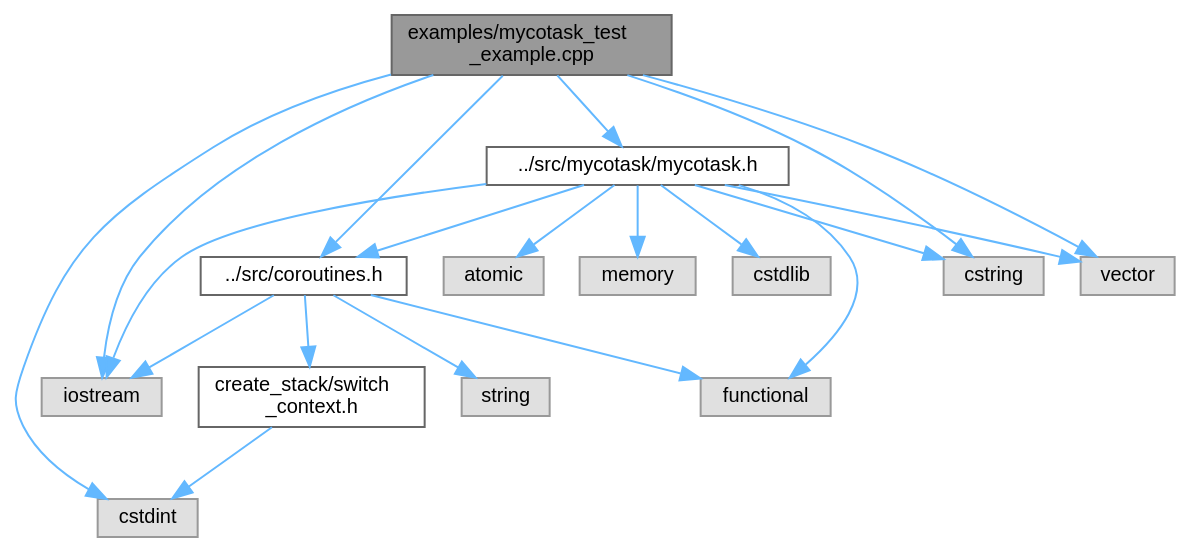
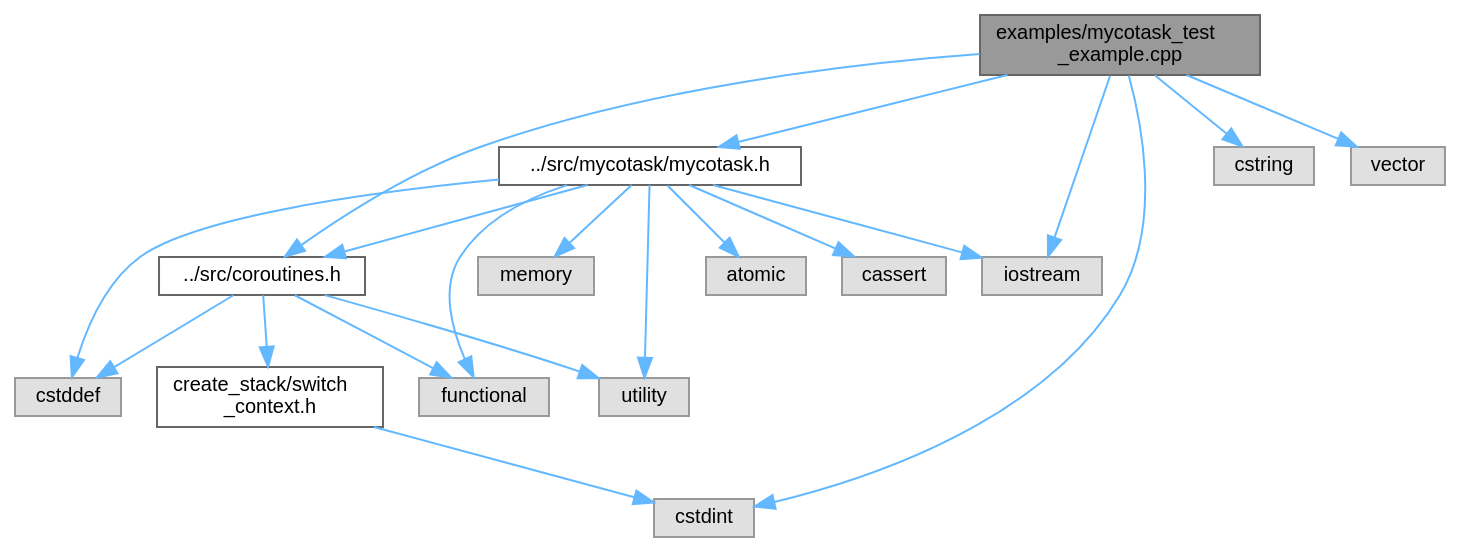
Before and after one commit to lalkaman1981/coroutins: the diagram in mycotask__test__example_8cpp__incl.dot, drawn with Graphviz. The commit also changed 68 other files, not shown here.

```diff
--- a/mycotask__test__example_8cpp__incl.dot
+++ b/mycotask__test__example_8cpp__incl.dot
@@ -1,39 +1,40 @@
 digraph "examples/mycotask_test_example.cpp"
 {
  // LATEX_PDF_SIZE
   bgcolor="transparent";
   edge [fontname=Helvetica,fontsize=10,labelfontname=Helvetica,labelfontsize=10];
   node [fontname=Helvetica,fontsize=10,shape=box,height=0.2,width=0.4];
   Node1 [id="Node000001",label="examples/mycotask_test\l_example.cpp",height=0.2,width=0.4,color="gray40", fillcolor="grey60", style="filled", fontcolor="black",tooltip=" "];
   Node1 -> Node2 [id="edge1_Node000001_Node000002",color="steelblue1",style="solid",tooltip=" "];
-  Node2 [id="Node000002",label="../src/coroutines.h",height=0.2,width=0.4,color="grey40", fillcolor="white", style="filled",URL="$coroutines_8h.html",tooltip=" "];
+  Node2 [id="Node000002",label="../src/coroutines.h",height=0.2,width=0.4,color="grey40", fillcolor="white", style="filled",URL="$coroutines_8h.html",tooltip="Main coroutine API header."];
   Node2 -> Node3 [id="edge2_Node000002_Node000003",color="steelblue1",style="solid",tooltip=" "];
-  Node3 [id="Node000003",label="functional",height=0.2,width=0.4,color="grey60", fillcolor="#E0E0E0", style="filled",tooltip=" "];
+  Node3 [id="Node000003",label="cstddef",height=0.2,width=0.4,color="grey60", fillcolor="#E0E0E0", style="filled",tooltip=" "];
   Node2 -> Node4 [id="edge3_Node000002_Node000004",color="steelblue1",style="solid",tooltip=" "];
-  Node4 [id="Node000004",label="iostream",height=0.2,width=0.4,color="grey60", fillcolor="#E0E0E0", style="filled",tooltip=" "];
+  Node4 [id="Node000004",label="functional",height=0.2,width=0.4,color="grey60", fillcolor="#E0E0E0", style="filled",tooltip=" "];
   Node2 -> Node5 [id="edge4_Node000002_Node000005",color="steelblue1",style="solid",tooltip=" "];
-  Node5 [id="Node000005",label="string",height=0.2,width=0.4,color="grey60", fillcolor="#E0E0E0", style="filled",tooltip=" "];
+  Node5 [id="Node000005",label="utility",height=0.2,width=0.4,color="grey60", fillcolor="#E0E0E0", style="filled",tooltip=" "];
   Node2 -> Node6 [id="edge5_Node000002_Node000006",color="steelblue1",style="solid",tooltip=" "];
-  Node6 [id="Node000006",label="create_stack/switch\l_context.h",height=0.2,width=0.4,color="grey40", fillcolor="white", style="filled",URL="$switch__context_8h.html",tooltip=" "];
+  Node6 [id="Node000006",label="create_stack/switch\l_context.h",height=0.2,width=0.4,color="grey40", fillcolor="white", style="filled",URL="$switch__context_8h.html",tooltip="Core data structures for coroutine context switching."];
   Node6 -> Node7 [id="edge6_Node000006_Node000007",color="steelblue1",style="solid",tooltip=" "];
   Node7 [id="Node000007",label="cstdint",height=0.2,width=0.4,color="grey60", fillcolor="#E0E0E0", style="filled",tooltip=" "];
   Node1 -> Node8 [id="edge7_Node000001_Node000008",color="steelblue1",style="solid",tooltip=" "];
-  Node8 [id="Node000008",label="../src/mycotask/mycotask.h",height=0.2,width=0.4,color="grey40", fillcolor="white", style="filled",URL="$mycotask_8h.html",tooltip=" "];
-  Node8 -> Node9 [id="edge8_Node000008_Node000009",color="steelblue1",style="solid",tooltip=" "];
-  Node9 [id="Node000009",label="atomic",height=0.2,width=0.4,color="grey60", fillcolor="#E0E0E0", style="filled",tooltip=" "];
-  Node8 -> Node10 [id="edge9_Node000008_Node000010",color="steelblue1",style="solid",tooltip=" "];
-  Node10 [id="Node000010",label="cstring",height=0.2,width=0.4,color="grey60", fillcolor="#E0E0E0", style="filled",tooltip=" "];
-  Node8 -> Node11 [id="edge10_Node000008_Node000011",color="steelblue1",style="solid",tooltip=" "];
-  Node11 [id="Node000011",label="memory",height=0.2,width=0.4,color="grey60", fillcolor="#E0E0E0", style="filled",tooltip=" "];
-  Node8 -> Node12 [id="edge11_Node000008_Node000012",color="steelblue1",style="solid",tooltip=" "];
-  Node12 [id="Node000012",label="vector",height=0.2,width=0.4,color="grey60", fillcolor="#E0E0E0", style="filled",tooltip=" "];
+  Node8 [id="Node000008",label="../src/mycotask/mycotask.h",height=0.2,width=0.4,color="grey40", fillcolor="white", style="filled",URL="$mycotask_8h.html",tooltip="Stackful coroutine implementation with cooperative multitasking."];
+  Node8 -> Node3 [id="edge8_Node000008_Node000003",color="steelblue1",style="solid",tooltip=" "];
+  Node8 -> Node4 [id="edge9_Node000008_Node000004",color="steelblue1",style="solid",tooltip=" "];
+  Node8 -> Node9 [id="edge10_Node000008_Node000009",color="steelblue1",style="solid",tooltip=" "];
+  Node9 [id="Node000009",label="memory",height=0.2,width=0.4,color="grey60", fillcolor="#E0E0E0", style="filled",tooltip=" "];
+  Node8 -> Node10 [id="edge11_Node000008_Node000010",color="steelblue1",style="solid",tooltip=" "];
+  Node10 [id="Node000010",label="atomic",height=0.2,width=0.4,color="grey60", fillcolor="#E0E0E0", style="filled",tooltip=" "];
   Node8 -> Node2 [id="edge12_Node000008_Node000002",color="steelblue1",style="solid",tooltip=" "];
-  Node8 -> Node13 [id="edge13_Node000008_Node000013",color="steelblue1",style="solid",tooltip=" "];
-  Node13 [id="Node000013",label="cstdlib",height=0.2,width=0.4,color="grey60", fillcolor="#E0E0E0", style="filled",tooltip=" "];
-  Node8 -> Node3 [id="edge14_Node000008_Node000003",color="steelblue1",style="solid",tooltip=" "];
-  Node8 -> Node4 [id="edge15_Node000008_Node000004",color="steelblue1",style="solid",tooltip=" "];
+  Node8 -> Node11 [id="edge13_Node000008_Node000011",color="steelblue1",style="solid",tooltip=" "];
+  Node11 [id="Node000011",label="iostream",height=0.2,width=0.4,color="grey60", fillcolor="#E0E0E0", style="filled",tooltip=" "];
+  Node8 -> Node5 [id="edge14_Node000008_Node000005",color="steelblue1",style="solid",tooltip=" "];
+  Node8 -> Node12 [id="edge15_Node000008_Node000012",color="steelblue1",style="solid",tooltip=" "];
+  Node12 [id="Node000012",label="cassert",height=0.2,width=0.4,color="grey60", fillcolor="#E0E0E0", style="filled",tooltip=" "];
   Node1 -> Node7 [id="edge16_Node000001_Node000007",color="steelblue1",style="solid",tooltip=" "];
-  Node1 -> Node10 [id="edge17_Node000001_Node000010",color="steelblue1",style="solid",tooltip=" "];
-  Node1 -> Node4 [id="edge18_Node000001_Node000004",color="steelblue1",style="solid",tooltip=" "];
-  Node1 -> Node12 [id="edge19_Node000001_Node000012",color="steelblue1",style="solid",tooltip=" "];
+  Node1 -> Node13 [id="edge17_Node000001_Node000013",color="steelblue1",style="solid",tooltip=" "];
+  Node13 [id="Node000013",label="cstring",height=0.2,width=0.4,color="grey60", fillcolor="#E0E0E0", style="filled",tooltip=" "];
+  Node1 -> Node11 [id="edge18_Node000001_Node000011",color="steelblue1",style="solid",tooltip=" "];
+  Node1 -> Node14 [id="edge19_Node000001_Node000014",color="steelblue1",style="solid",tooltip=" "];
+  Node14 [id="Node000014",label="vector",height=0.2,width=0.4,color="grey60", fillcolor="#E0E0E0", style="filled",tooltip=" "];
 }
```
